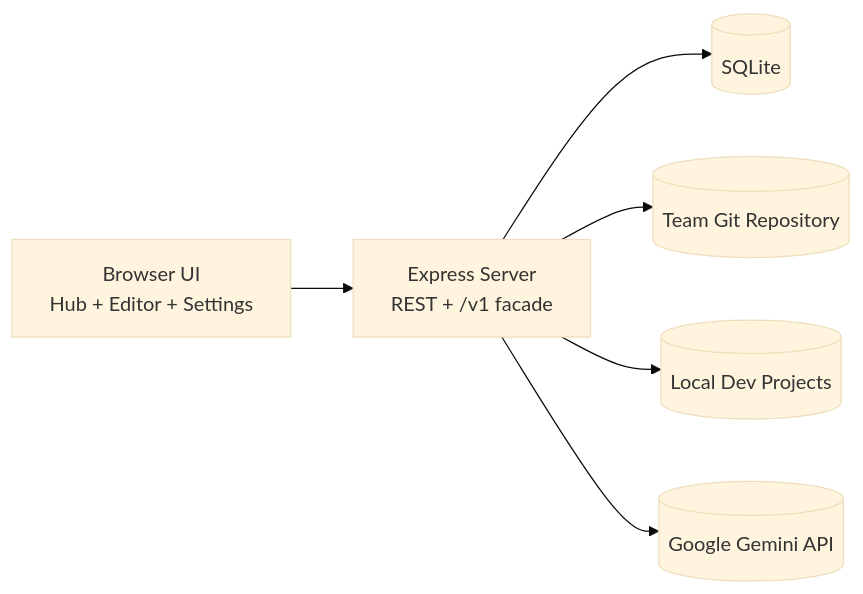
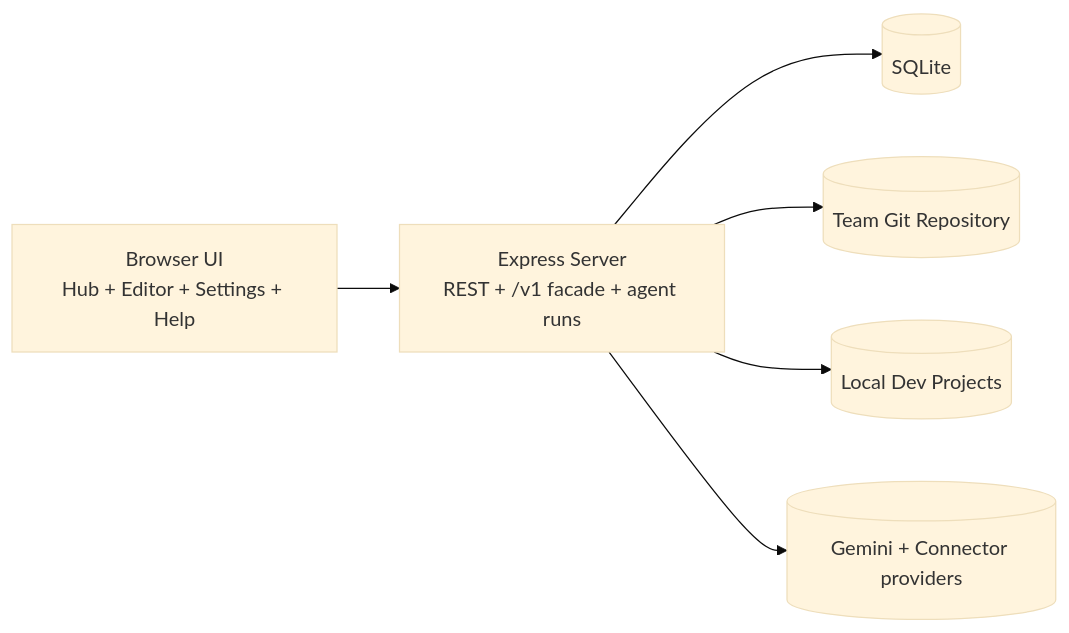
Before and after one commit to shaybc/dcc: the first of 2 diagrams in docs/architecture.md, drawn with Mermaid (base theme). The commit also changed other lines of this file, not shown here.

Commit message:
docs: refresh architecture overview from current codebase

````diff
--- a/docs/architecture.md
+++ b/docs/architecture.md
@@ -14,15 +14,15 @@
 ```mermaid
 flowchart LR
-  Browser[Browser UI\nHub + Editor + Settings]
-  Server[Express Server\nREST + /v1 facade]
+  Browser[Browser UI\nHub + Editor + Settings + Help]
+  Server[Express Server\nREST + /v1 facade + agent runs]
   DB[(SQLite)]
   Repo[(Team Git Repository)]
   Projects[(Local Dev Projects)]
-  Gemini[(Google Gemini API)]
+  AI[(Gemini + Connector providers)]
 
   Browser --> Server
   Server --> DB
   Server --> Repo
   Server --> Projects
-  Server --> Gemini
+  Server --> AI
 ```
````
